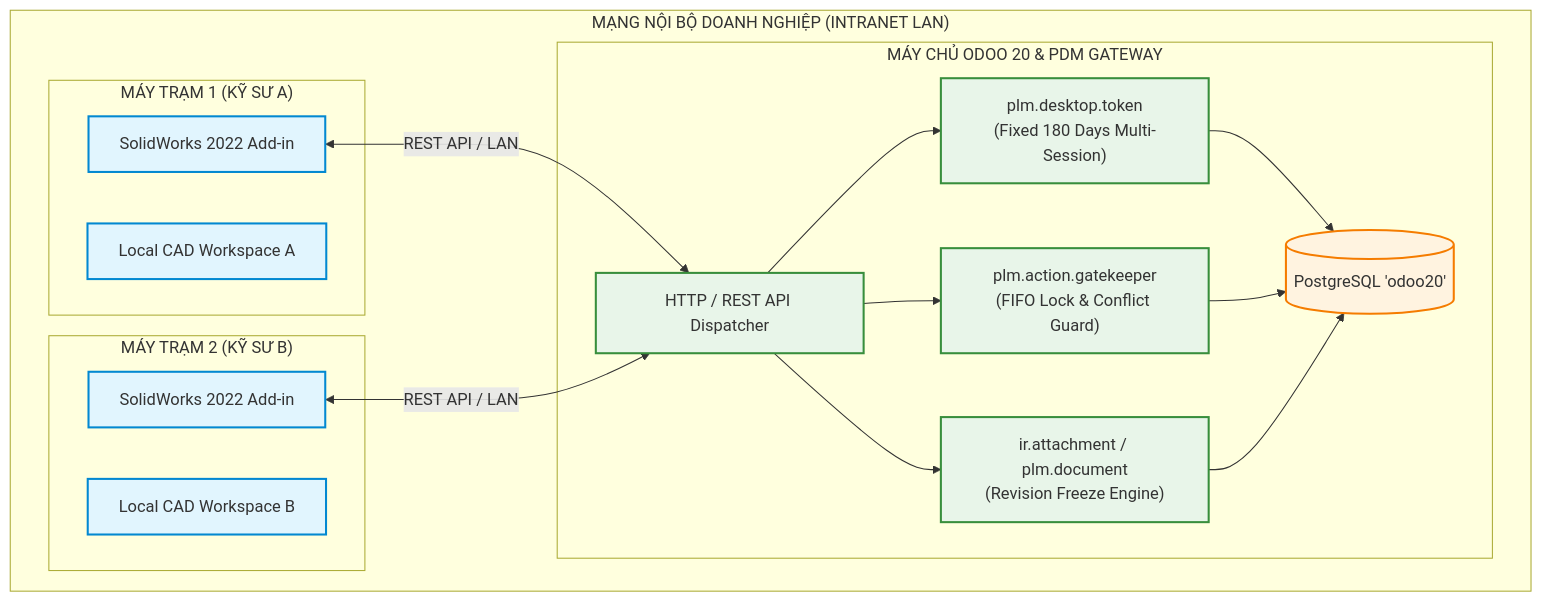
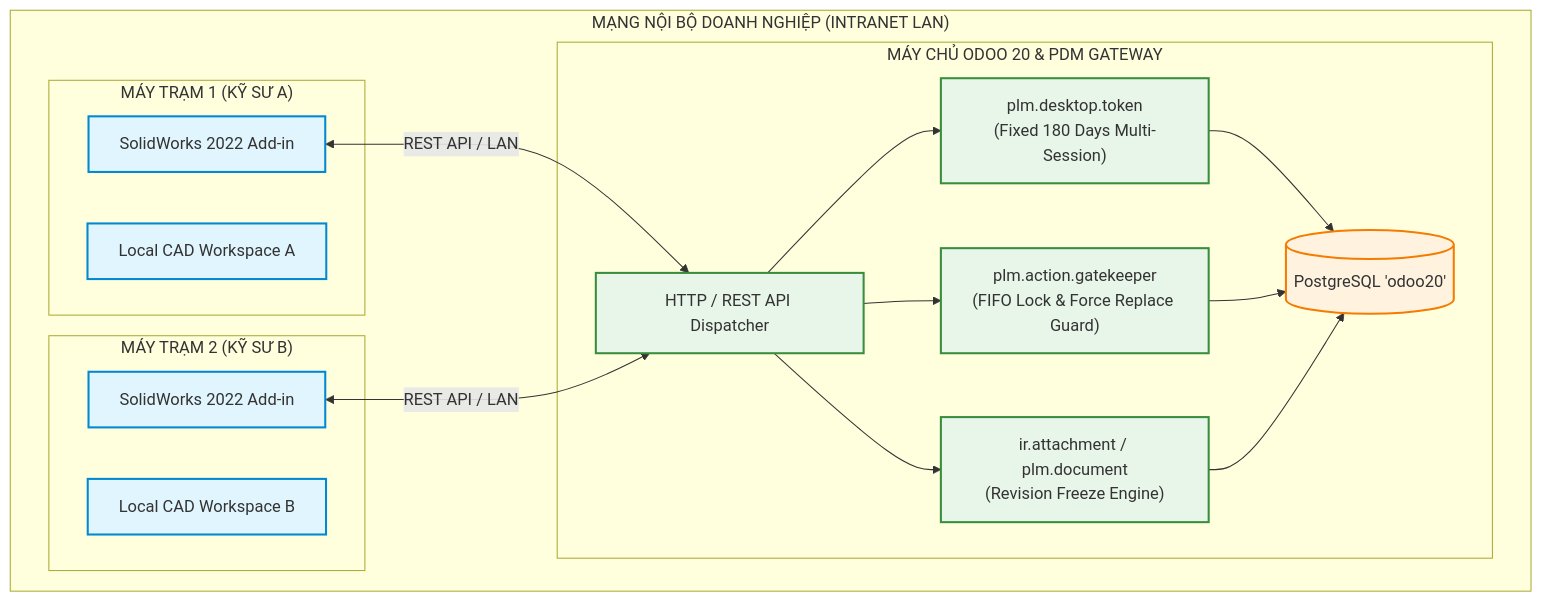
One commit to tdbsolutionit/Odoo20 changed the third of 5 diagrams in SolidWorks_PDM_Authorization_Framework.md. Above: the diagram before and after it, drawn with Mermaid. The commit also changed other lines of this file, not shown here.

````diff
--- a/SolidWorks_PDM_Authorization_Framework.md
+++ b/SolidWorks_PDM_Authorization_Framework.md
@@ -143,39 +135,39 @@
 ```mermaid
 flowchart TD
     subgraph LAN["MẠNG NỘI BỘ DOANH NGHIỆP (INTRANET LAN)"]
         subgraph CAD_WS1["MÁY TRẠM 1 (KỸ SƯ A)"]
             SW1["SolidWorks 2022 Add-in"]
             CACHE1["Local CAD Workspace A"]
         end
 
         subgraph CAD_WS2["MÁY TRẠM 2 (KỸ SƯ B)"]
             SW2["SolidWorks 2022 Add-in"]
             CACHE2["Local CAD Workspace B"]
         end
 
         subgraph ODOO_SERVER["MÁY CHỦ ODOO 20 & PDM GATEWAY"]
             ROUTER["HTTP / REST API Dispatcher"]
             AUTH_MGR["plm.desktop.token<br>(Fixed 180 Days Multi-Session)"]
-            GATEKEEPER["plm.action.gatekeeper<br>(FIFO Lock & Conflict Guard)"]
+            GATEKEEPER["plm.action.gatekeeper<br>(FIFO Lock & Force Replace Guard)"]
             REV_MGR["ir.attachment / plm.document<br>(Revision Freeze Engine)"]
             POSTGRES[("PostgreSQL 'odoo20'")]
         end
     end
 
     SW1 <-->|"REST API / LAN"| ROUTER
     SW2 <-->|"REST API / LAN"| ROUTER
     ROUTER --> AUTH_MGR
     ROUTER --> GATEKEEPER
     ROUTER --> REV_MGR
     AUTH_MGR --> POSTGRES
     GATEKEEPER --> POSTGRES
     REV_MGR --> POSTGRES
 
     classDef cadNode fill:#e1f5fe,stroke:#0288d1,stroke-width:2px;
     classDef serverNode fill:#e8f5e9,stroke:#388e3c,stroke-width:2px;
     classDef dbNode fill:#fff3e0,stroke:#f57c00,stroke-width:2px;
 
     class SW1,SW2,CACHE1,CACHE2 cadNode;
     class ROUTER,AUTH_MGR,GATEKEEPER,REV_MGR serverNode;
     class POSTGRES dbNode;
 ```
````
